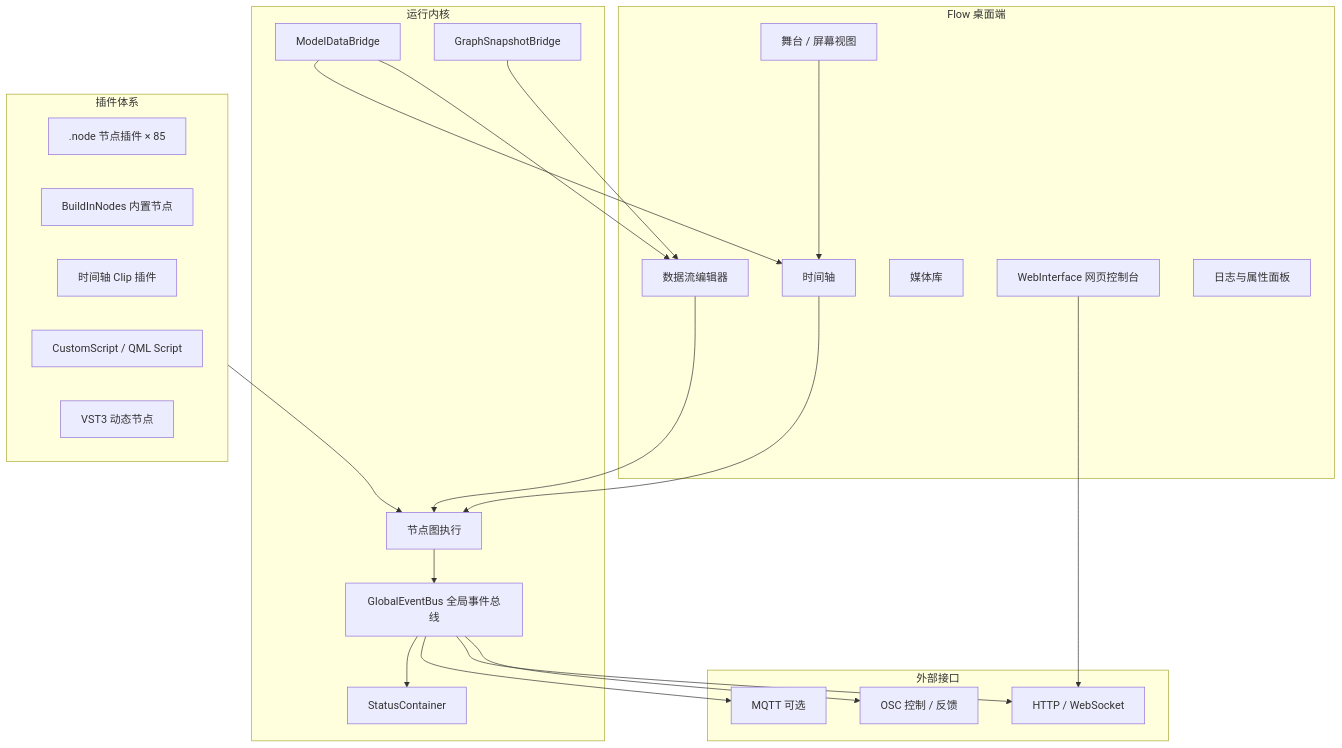
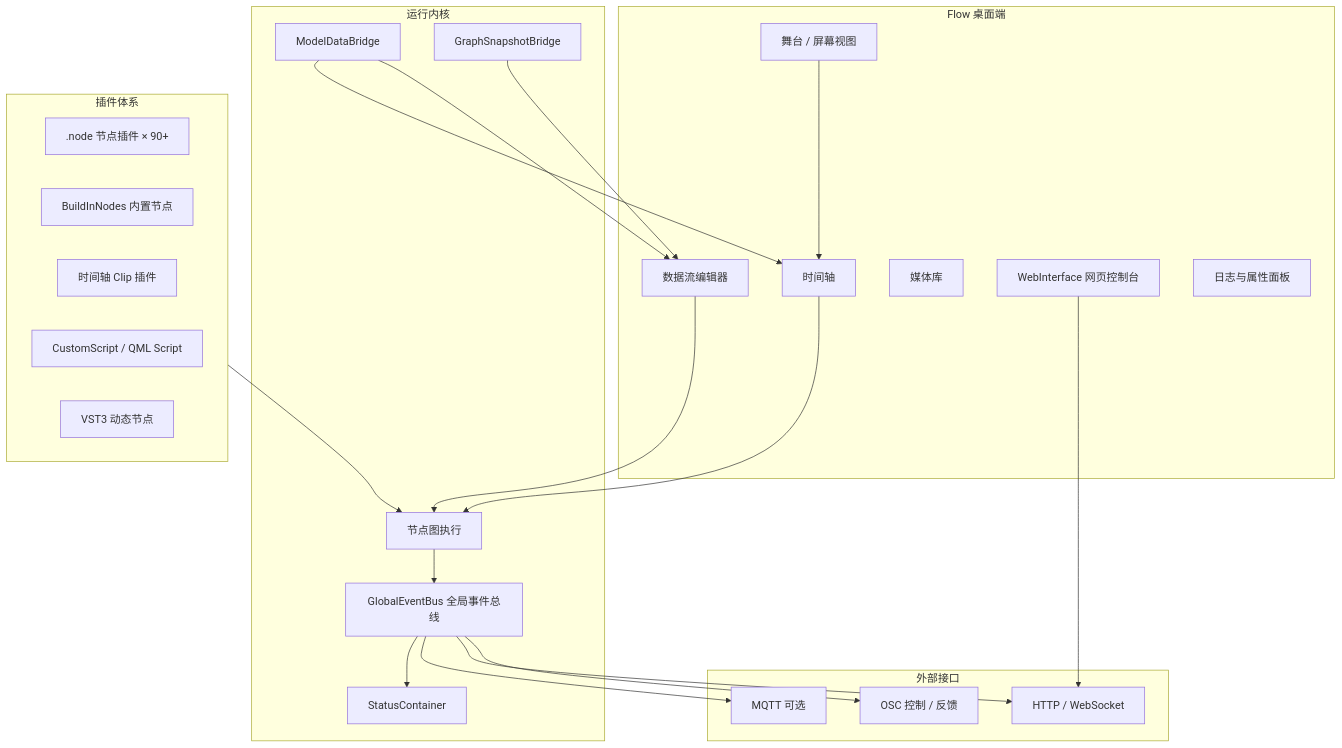
Before and after one commit to bwll1989/NodeEditorCPP: the diagram in README.md, drawn with Mermaid. The commit also changed other lines of this file and 139 other files, not shown here.

````diff
--- a/README.md
+++ b/README.md
@@ -35,47 +35,47 @@
 ```mermaid
 flowchart TB
     subgraph UI["Flow 桌面端"]
         DF[数据流编辑器]
         TL[时间轴]
         ST[舞台 / 屏幕视图]
         ML[媒体库]
         EC[WebInterface 网页控制台]
         LG[日志与属性面板]
     end
 
     subgraph Runtime["运行内核"]
         NP[节点图执行]
         EV[GlobalEventBus 全局事件总线]
         BR[ModelDataBridge]
         GS[GraphSnapshotBridge]
         SC[StatusContainer]
     end
 
     subgraph External["外部接口"]
         OSC[OSC 控制 / 反馈]
         HTTP[HTTP / WebSocket]
         MQTT[MQTT 可选]
     end
 
     subgraph Plugins["插件体系"]
-        Nodes[".node 节点插件 × 85"]
+        Nodes[".node 节点插件 × 90+"]
         BuildIn[BuildInNodes 内置节点]
         Clips["时间轴 Clip 插件"]
         JS["CustomScript / QML Script"]
         VST["VST3 动态节点"]
     end
 
     DF --> NP
     TL --> NP
     ST --> TL
     NP --> EV
     EV --> OSC
     EV --> HTTP
     EV --> MQTT
     EV --> SC
     Plugins --> NP
     BR --> DF
     BR --> TL
     GS --> DF
     EC --> HTTP
 ```
````
